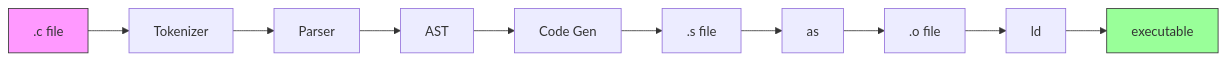
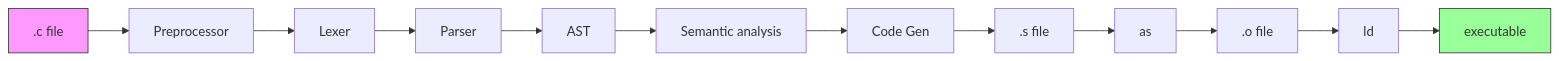
Before and after one commit to juno-yu/simple-howto-c-compiler-ximplec: the first of 3 diagrams in 0005-integration/README.md, drawn with Mermaid. The commit also changed other lines of this file and 131 other files, not shown here.

````diff
--- a/0005-integration/README.md
+++ b/0005-integration/README.md
@@ -11,15 +13,17 @@
 ```mermaid
 graph LR
-    A[.c file] --> B[Tokenizer]
-    B --> C[Parser]
-    C --> D[AST]
-    D --> E[Code Gen]
-    E --> F[.s file]
-    F --> G[as]
-    G --> H[.o file]
-    H --> I[ld]
-    I --> J[executable]
-    
+    A[.c file] --> B[Preprocessor]
+    B --> C[Lexer]
+    C --> D[Parser]
+    D --> E[AST]
+    E --> F[Semantic analysis]
+    F --> G[Code Gen]
+    G --> H[.s file]
+    H --> I[as]
+    I --> J[.o file]
+    J --> K[ld]
+    K --> L[executable]
+
     style A fill:#f9f,stroke:#333
-    style J fill:#9f9,stroke:#333
+    style L fill:#9f9,stroke:#333
 ```
````
